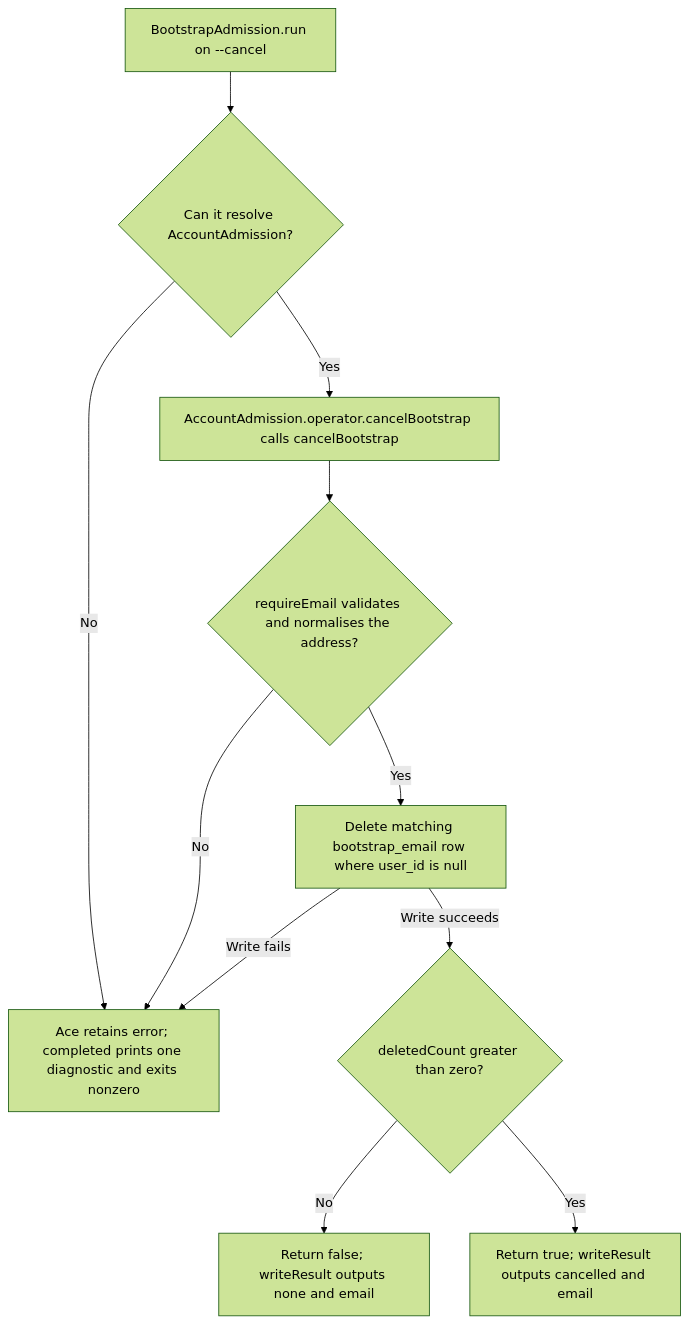
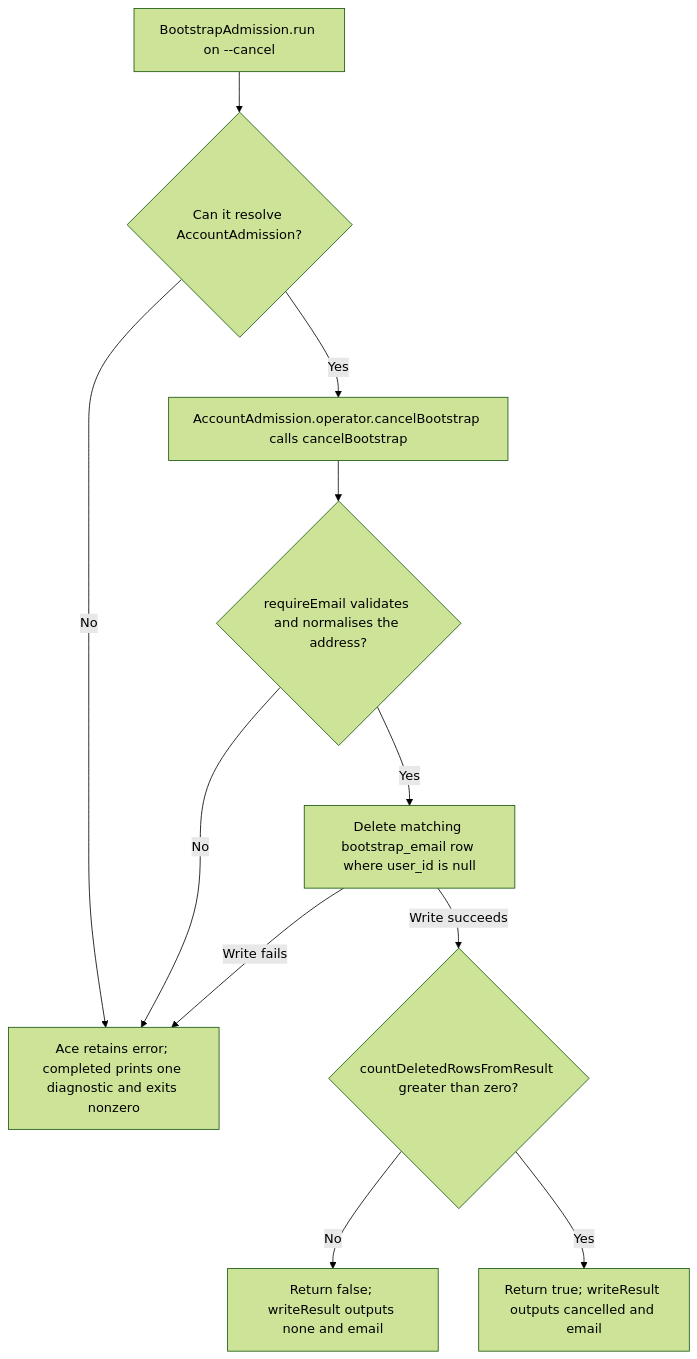
The second of 2 diagrams in user-stories/US-ACCOUNT-47-cancel-admission-bootstrap.md (Kevinjohn/oss-adonisjs-account-kit), drawn with Mermaid (forest theme) before and after one commit. The commit also changed 29 other files, not shown here.

````diff
--- a/user-stories/US-ACCOUNT-47-cancel-admission-bootstrap.md
+++ b/user-stories/US-ACCOUNT-47-cancel-admission-bootstrap.md
@@ -35,13 +35,13 @@
 ```mermaid
 flowchart TD
  A["BootstrapAdmission.run on --cancel"] --> Y{"Can it resolve AccountAdmission?"}
  Y -->|No| X
  Y -->|Yes| B["AccountAdmission.operator.cancelBootstrap calls cancelBootstrap"]
  B --> C{"requireEmail validates and normalises the address?"}
  C -->|No| X["Ace retains error; completed prints one diagnostic and exits nonzero"]
  C -->|Yes| D["Delete matching bootstrap_email row where user_id is null"]
  D -->|Write fails| X
- D -->|Write succeeds| E{"deletedCount greater than zero?"}
+ D -->|Write succeeds| E{"countDeletedRowsFromResult greater than zero?"}
  E -->|No| F["Return false; writeResult outputs none and email"]
  E -->|Yes| G["Return true; writeResult outputs cancelled and email"]
 ```
````
